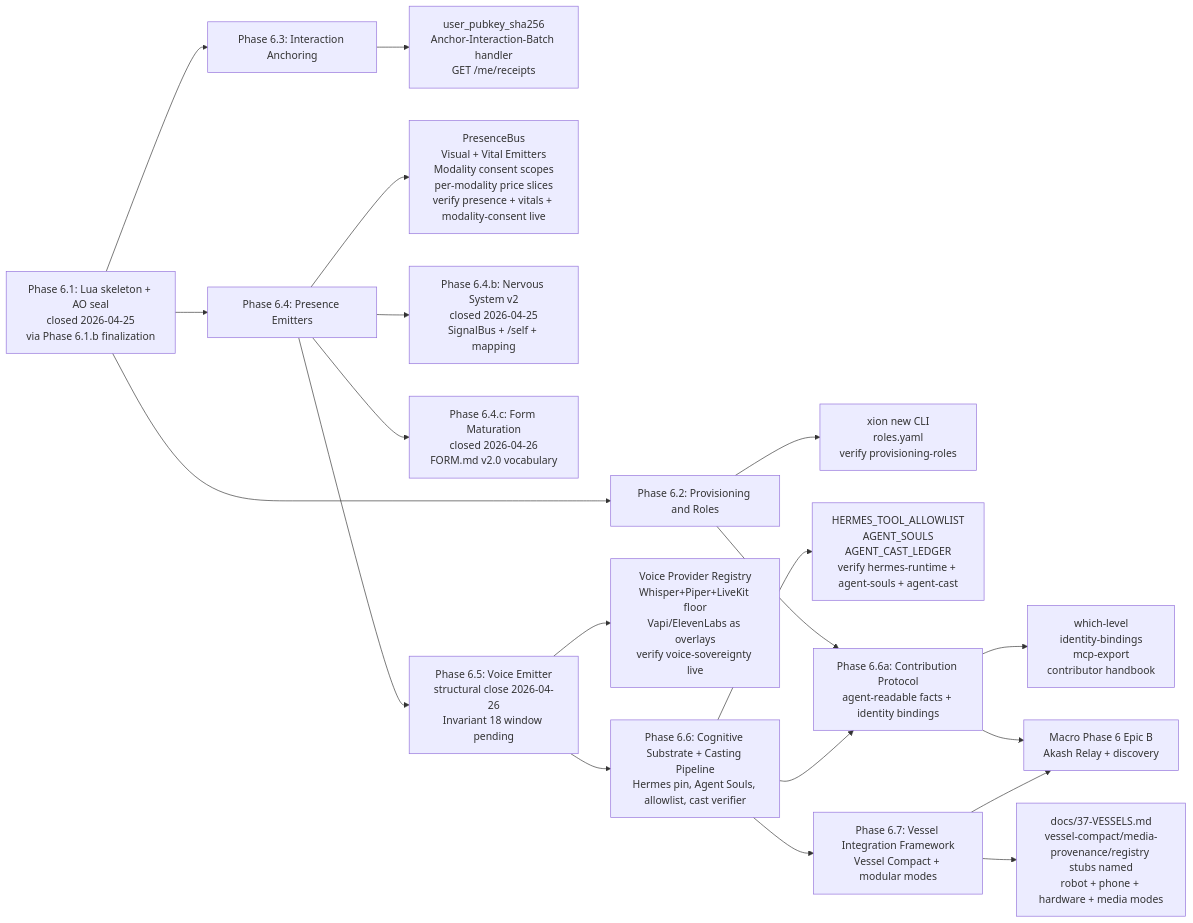
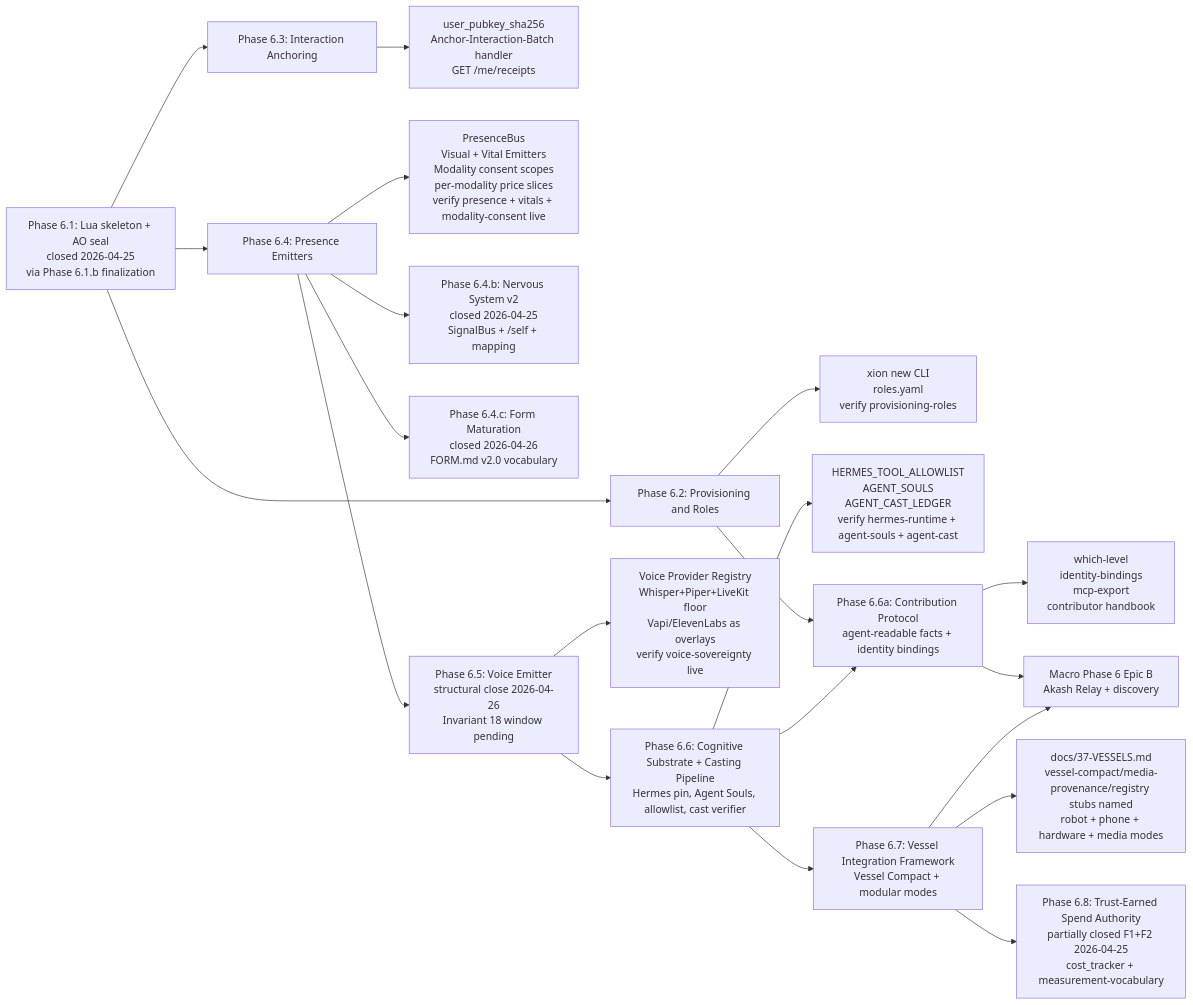
The first of 2 diagrams in DEVELOPMENT_ROADMAP.md (nik190799/xion), drawn with Mermaid before and after one commit. The commit also changed other lines of this file and 17 other files, not shown here.

First line of the commit message:
feat(phase-6.8): cost tracker and measurement-vocabulary verifier

````diff
--- a/DEVELOPMENT_ROADMAP.md
+++ b/DEVELOPMENT_ROADMAP.md
@@ -28,22 +28,23 @@
 ```mermaid
 flowchart LR
   P6_1[Phase 6.1: Lua skeleton + AO seal<br/>closed 2026-04-25<br/>via Phase 6.1.b finalization] --> P6_2[Phase 6.2: Provisioning and Roles]
   P6_1 --> P6_3[Phase 6.3: Interaction Anchoring]
   P6_1 --> P6_4[Phase 6.4: Presence Emitters]
   P6_2 --> P6_2_done[xion new CLI<br/>roles.yaml<br/>verify provisioning-roles]
   P6_3 --> P6_3_done[user_pubkey_sha256<br/>Anchor-Interaction-Batch handler<br/>GET /me/receipts]
   P6_4 --> P6_4_done[PresenceBus<br/>Visual + Vital Emitters<br/>Modality consent scopes<br/>per-modality price slices<br/>verify presence + vitals + modality-consent live]
   P6_4 --> P6_4b[Phase 6.4.b: Nervous System v2<br/>closed 2026-04-25<br/>SignalBus + /self + mapping]
   P6_4 --> P6_4c[Phase 6.4.c: Form Maturation<br/>closed 2026-04-26<br/>FORM.md v2.0 vocabulary]
   P6_4 --> P6_5[Phase 6.5: Voice Emitter<br/>structural close 2026-04-26<br/>Invariant 18 window pending]
   P6_5 --> P6_5_done["Voice Provider Registry<br/>Whisper+Piper+LiveKit floor<br/>Vapi/ElevenLabs as overlays<br/>verify voice-sovereignty live"]
   P6_5 --> P6_6[Phase 6.6: Cognitive Substrate + Casting Pipeline<br/>Hermes pin, Agent Souls, allowlist, cast verifier]
   P6_6 --> P6_6_done["HERMES_TOOL_ALLOWLIST<br/>AGENT_SOULS<br/>AGENT_CAST_LEDGER<br/>verify hermes-runtime + agent-souls + agent-cast"]
   P6_2 --> P6_6a[Phase 6.6a: Contribution Protocol<br/>agent-readable facts + identity bindings]
   P6_6 --> P6_6a
   P6_6a --> P6_6a_done["which-level<br/>identity-bindings<br/>mcp-export<br/>contributor handbook"]
   P6_6 --> P6_7[Phase 6.7: Vessel Integration Framework<br/>Vessel Compact + modular modes]
   P6_7 --> P6_7_done["docs/37-VESSELS.md<br/>vessel-compact/media-provenance/registry stubs named<br/>robot + phone + hardware + media modes"]
+  P6_7 --> P6_8[Phase 6.8: Trust-Earned Spend Authority<br/>partially closed F1+F2 2026-04-25<br/>cost_tracker + measurement-vocabulary]
   P6_6a --> MACRO_B
   P6_7 --> MACRO_B[Macro Phase 6 Epic B<br/>Akash Relay + discovery]
 ```
````
